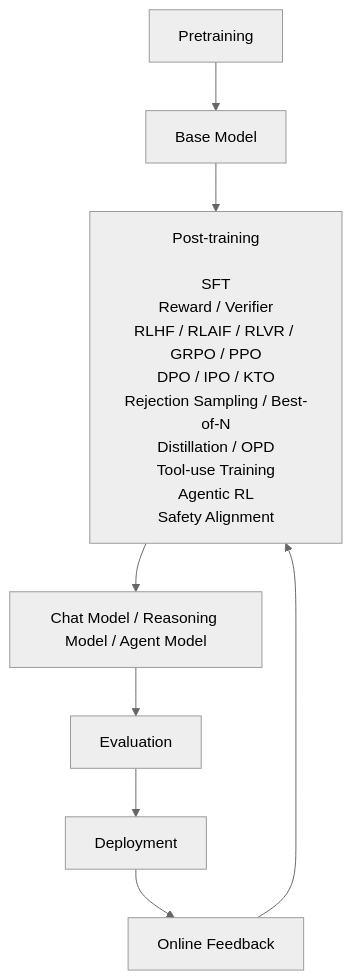
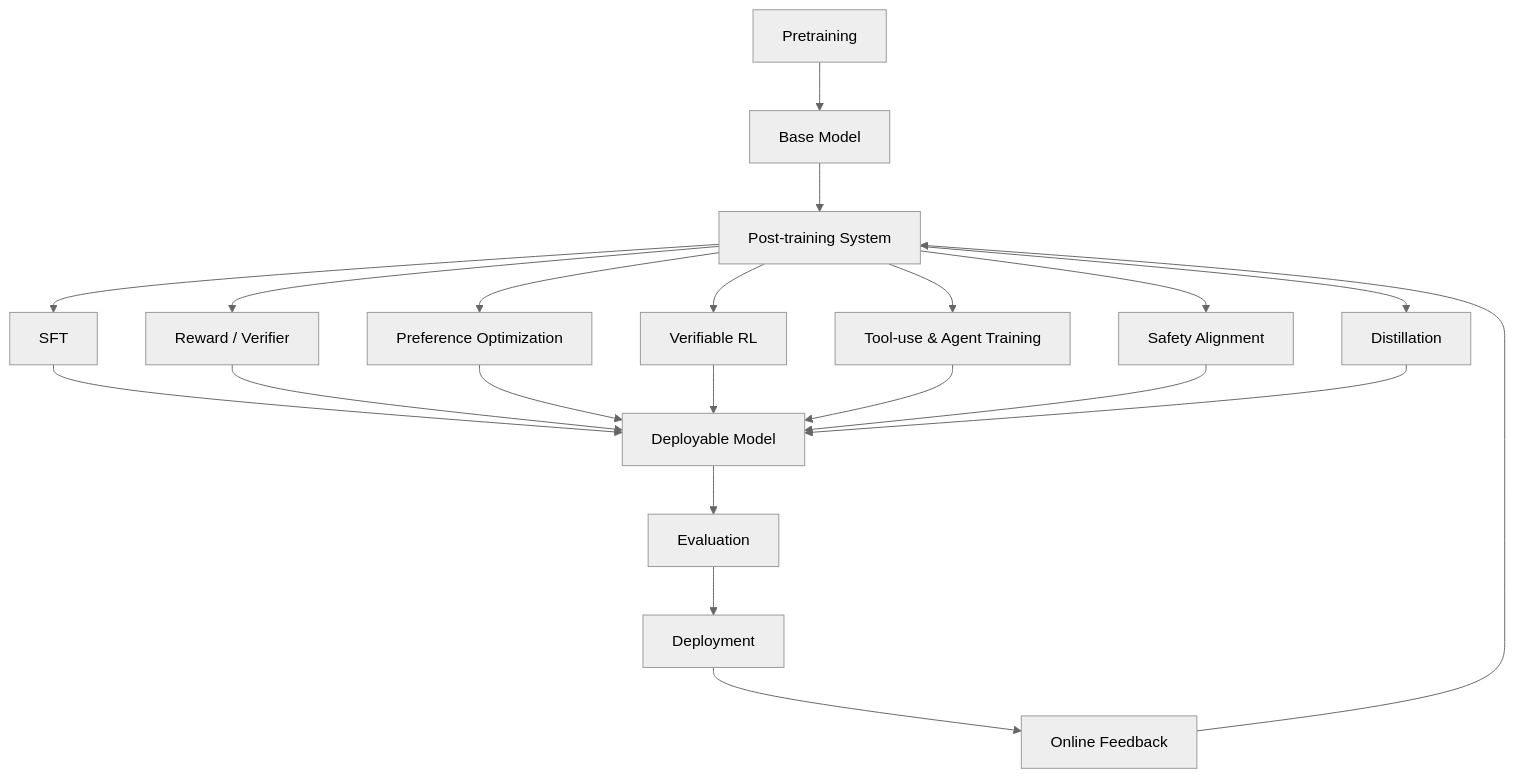
One commit to 7Hu0v0/lets_build_an_llm changed the diagram in references/01_pipeline/01g_post_training.md. Above: the diagram before and after it, drawn with Mermaid (neutral theme). The commit also changed other lines of this file, not shown here.

````diff
--- a/references/01_pipeline/01g_post_training.md
+++ b/references/01_pipeline/01g_post_training.md
@@ -71,10 +72,26 @@
 ```mermaid
 flowchart TD
     A[Pretraining] --> B[Base Model]
-    B --> C["Post-training<br/><br/>SFT<br/>Reward / Verifier<br/>RLHF / RLAIF / RLVR / GRPO / PPO<br/>DPO / IPO / KTO<br/>Rejection Sampling / Best-of-N<br/>Distillation / OPD<br/>Tool-use Training<br/>Agentic RL<br/>Safety Alignment"]
-    C --> D[Chat Model / Reasoning Model / Agent Model]
-    D --> E[Evaluation]
-    E --> F[Deployment]
-    F --> G[Online Feedback]
-    G --> C
+    B --> C[Post-training System]
+
+    C --> D1[SFT]
+    C --> D2[Reward / Verifier]
+    C --> D3[Preference Optimization]
+    C --> D4[Verifiable RL]
+    C --> D5[Tool-use & Agent Training]
+    C --> D6[Safety Alignment]
+    C --> D7[Distillation]
+
+    D1 --> E[Deployable Model]
+    D2 --> E
+    D3 --> E
+    D4 --> E
+    D5 --> E
+    D6 --> E
+    D7 --> E
+
+    E --> F[Evaluation]
+    F --> G[Deployment]
+    G --> H[Online Feedback]
+    H --> C
 ```
````
